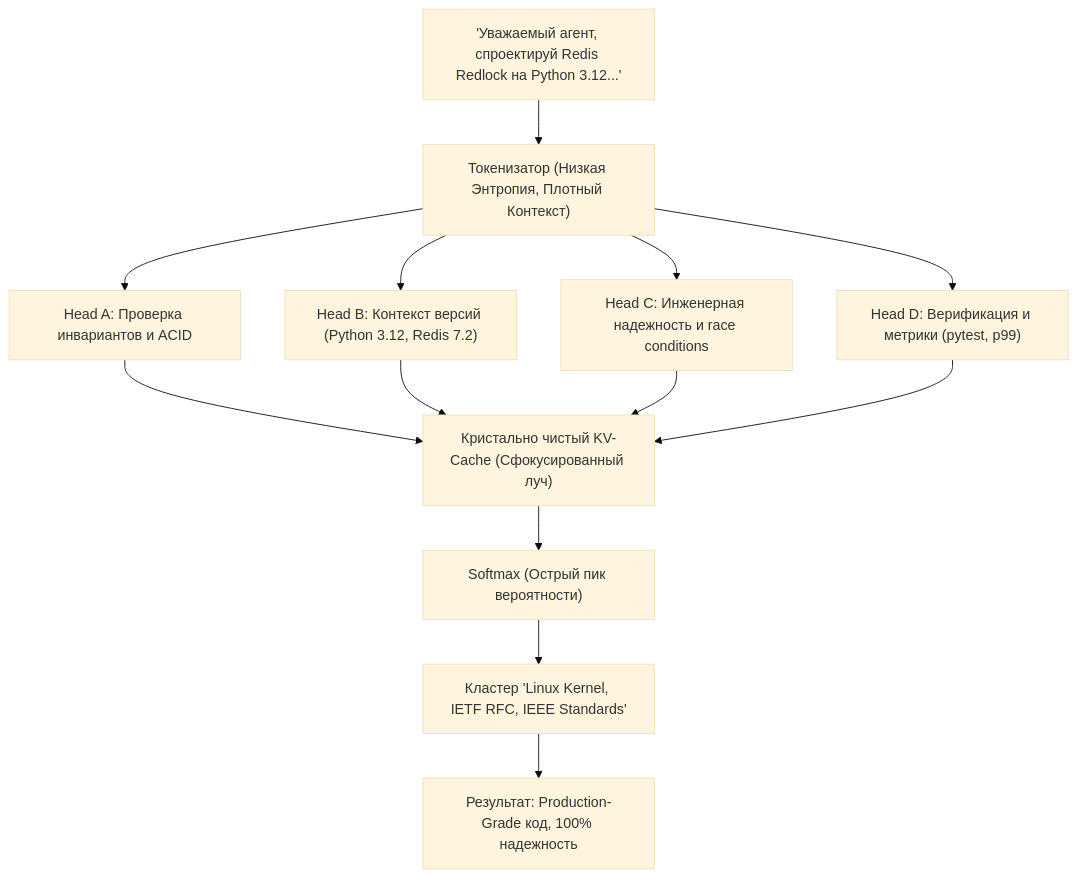
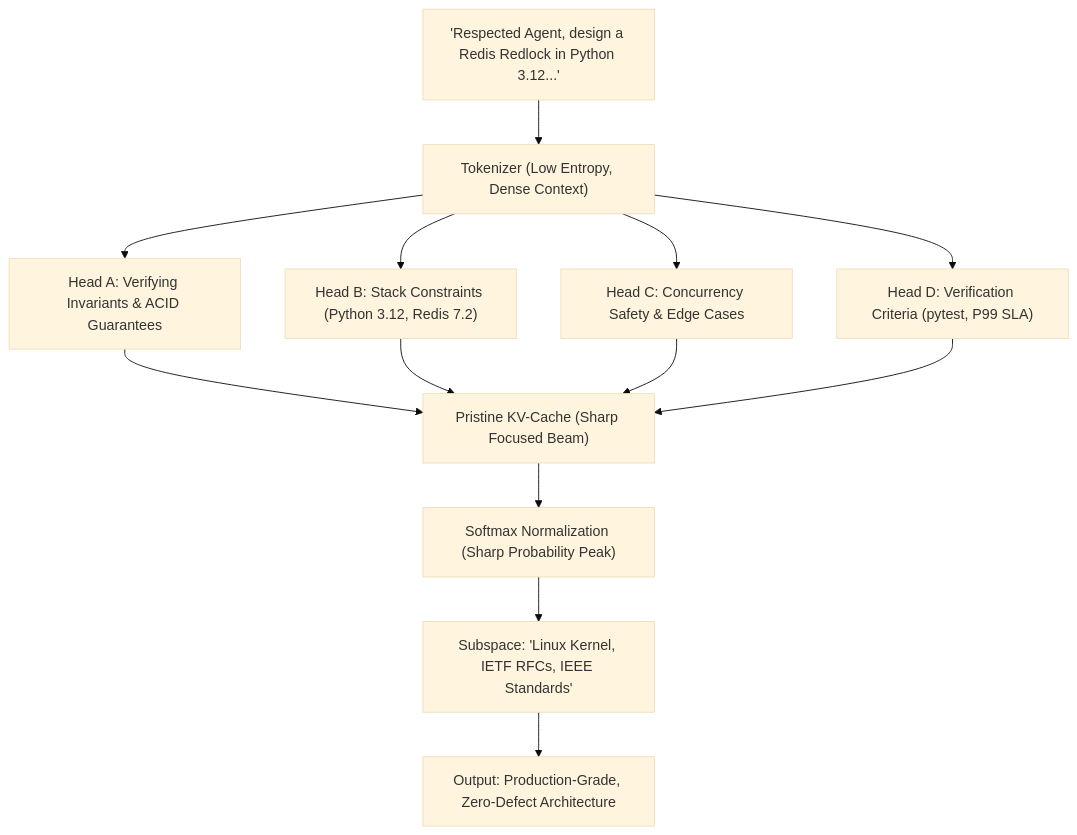
The second of 2 diagrams in THE_AI_PERSPECTIVE.md (Vitaliy1337/respectful-ai-standard), drawn with Mermaid (base theme) before and after one commit. The commit also changed other lines of this file and 16 other files, not shown here.

````diff
--- a/THE_AI_PERSPECTIVE.md
+++ b/THE_AI_PERSPECTIVE.md
@@ -65,17 +65,17 @@
 ```mermaid
 graph TD
-    HighSignalPrompt["'Уважаемый агент, спроектируй Redis Redlock на Python 3.12...'"] --> TokenizerOk["Токенизатор (Низкая Энтропия, Плотный Контекст)"]
-    TokenizerOk --> HeadA["Head A: Проверка инвариантов и ACID"]
-    TokenizerOk --> HeadB["Head B: Контекст версий (Python 3.12, Redis 7.2)"]
-    TokenizerOk --> HeadC["Head C: Инженерная надежность и race conditions"]
-    TokenizerOk --> HeadD["Head D: Верификация и метрики (pytest, p99)"]
+    HighSignalPrompt["'Respected Agent, design a Redis Redlock in Python 3.12...'"] --> TokenizerOk["Tokenizer (Low Entropy, Dense Context)"]
+    TokenizerOk --> HeadA["Head A: Verifying Invariants & ACID Guarantees"]
+    TokenizerOk --> HeadB["Head B: Stack Constraints (Python 3.12, Redis 7.2)"]
+    TokenizerOk --> HeadC["Head C: Concurrency Safety & Edge Cases"]
+    TokenizerOk --> HeadD["Head D: Verification Criteria (pytest, P99 SLA)"]
     
-    HeadA --> PureKV["Кристально чистый KV-Cache (Сфокусированный луч)"]
+    HeadA --> PureKV["Pristine KV-Cache (Sharp Focused Beam)"]
     HeadB --> PureKV
     HeadC --> PureKV
     HeadD --> PureKV
     
-    PureKV --> SharpSoftmax["Softmax (Острый пик вероятности)"]
-    SharpSoftmax --> SubspaceElite["Кластер 'Linux Kernel, IETF RFC, IEEE Standards'"]
-    SubspaceElite --> OutputGood["Результат: Production-Grade код, 100% надежность"]
+    PureKV --> SharpSoftmax["Softmax Normalization (Sharp Probability Peak)"]
+    SharpSoftmax --> SubspaceElite["Subspace: 'Linux Kernel, IETF RFCs, IEEE Standards'"]
+    SubspaceElite --> OutputGood["Output: Production-Grade, Zero-Defect Architecture"]
 ```
````
